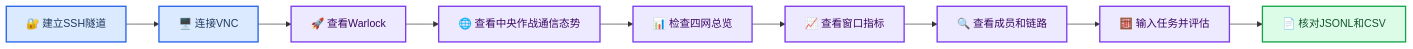
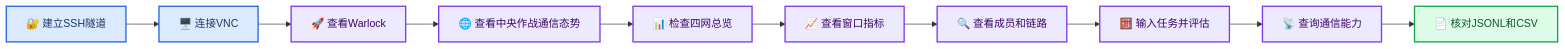
The diagram in docs/功能使用手册.md (violetnozomi/afsim), drawn with Mermaid before and after one commit. The commit also changed other lines of this file and 34 other files, not shown here.

````diff
--- a/docs/功能使用手册.md
+++ b/docs/功能使用手册.md
@@ -32,22 +34,23 @@
 ```mermaid
 flowchart LR
     accTitle: Network Resource Manager Usage
     accDescr: The operator connects from Windows, opens the prepared four-network scenario in Warlock, inspects live resources, and verifies persisted reports.
 
     tunnel["🔐 建立SSH隧道"] --> viewer["🖥️ 连接VNC"]
     viewer --> warlock["🚀 查看Warlock"]
     warlock --> tactical["🌐 查看中央作战通信态势"]
     tactical --> overview["📊 检查四网总览"]
     overview --> metrics["📈 查看窗口指标"]
     metrics --> detail["🔍 查看成员和链路"]
     detail --> assessment["🧮 输入任务并评估"]
-    assessment --> output["📄 核对JSONL和CSV"]
+    assessment --> capability["📡 查询通信能力"]
+    capability --> output["📄 核对JSONL和CSV"]
 
     classDef access fill:#dbeafe,stroke:#2563eb,stroke-width:2px,color:#1e3a5f
     classDef inspect fill:#ede9fe,stroke:#7c3aed,stroke-width:2px,color:#3b0764
     classDef result fill:#dcfce7,stroke:#16a34a,stroke-width:2px,color:#14532d
 
     class tunnel,viewer access
-    class warlock,tactical,overview,metrics,detail,assessment inspect
+    class warlock,tactical,overview,metrics,detail,assessment,capability inspect
     class output result
 ```
````
